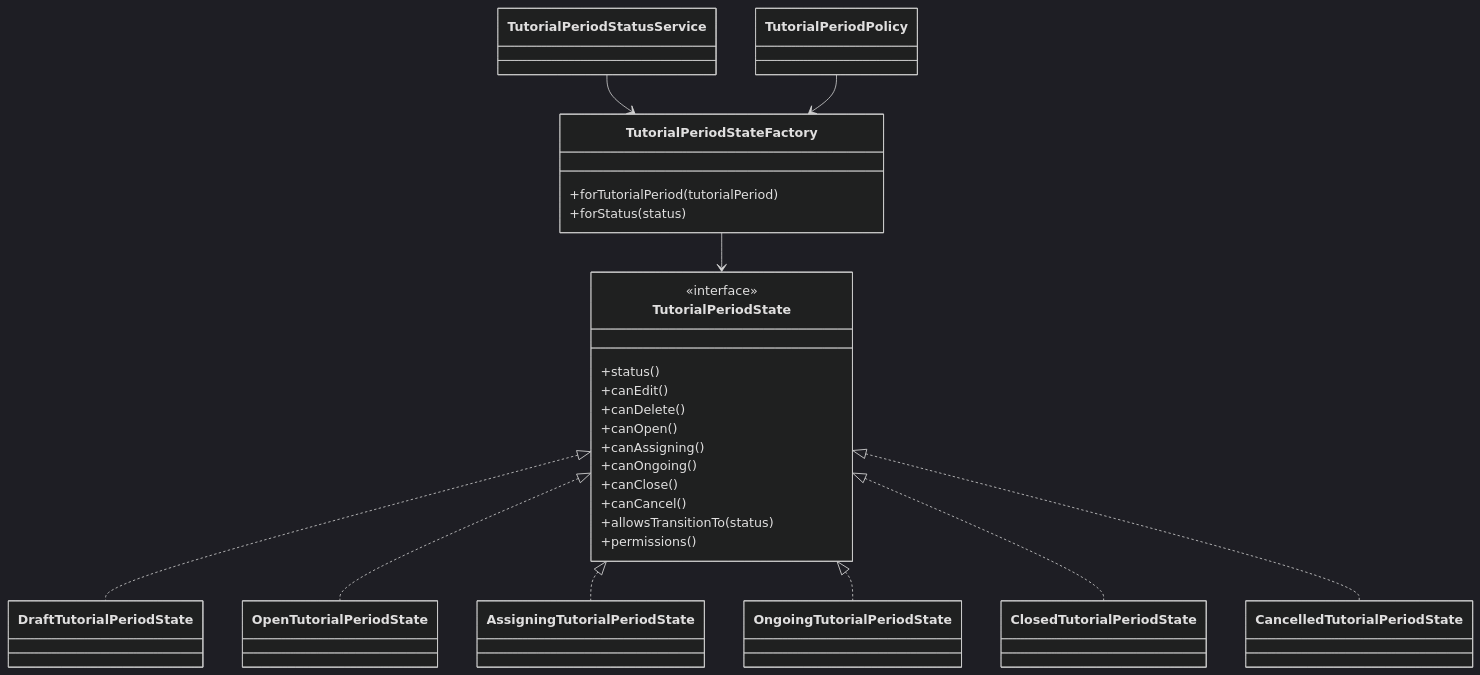
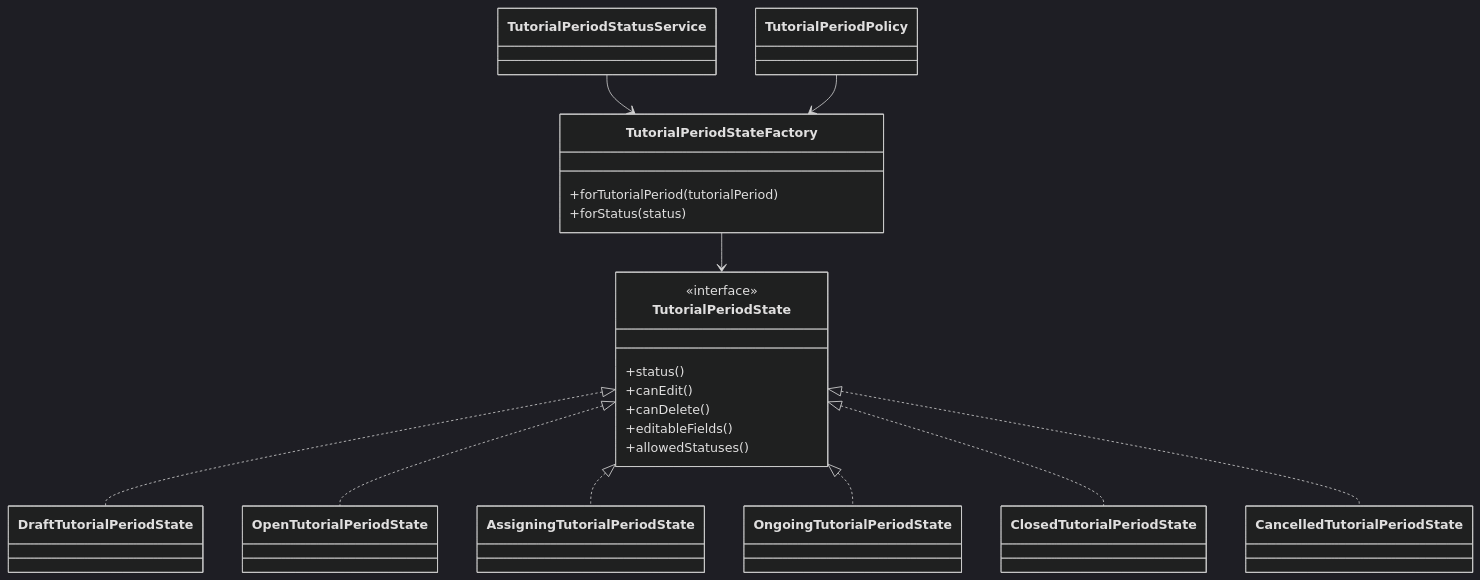
The second of 4 diagrams in docs/DESIGN_PATTERNS.md (HoangNTL/tutoring-system), drawn with Mermaid (dark theme) before and after one commit. The commit also changed 32 other files, not shown here.

````diff
--- a/docs/DESIGN_PATTERNS.md
+++ b/docs/DESIGN_PATTERNS.md
@@ -80,41 +80,36 @@
 ```mermaid
 classDiagram
     class TutorialPeriodState {
         <<interface>>
         +status()
         +canEdit()
         +canDelete()
-        +canOpen()
-        +canAssigning()
-        +canOngoing()
-        +canClose()
-        +canCancel()
-        +allowsTransitionTo(status)
-        +permissions()
+        +editableFields()
+        +allowedStatuses()
     }
 
     class TutorialPeriodStateFactory {
         +forTutorialPeriod(tutorialPeriod)
         +forStatus(status)
     }
 
     class DraftTutorialPeriodState
     class OpenTutorialPeriodState
     class AssigningTutorialPeriodState
     class OngoingTutorialPeriodState
     class ClosedTutorialPeriodState
     class CancelledTutorialPeriodState
 
     class TutorialPeriodStatusService
     class TutorialPeriodPolicy
 
     TutorialPeriodState <|.. DraftTutorialPeriodState
     TutorialPeriodState <|.. OpenTutorialPeriodState
     TutorialPeriodState <|.. AssigningTutorialPeriodState
     TutorialPeriodState <|.. OngoingTutorialPeriodState
     TutorialPeriodState <|.. ClosedTutorialPeriodState
     TutorialPeriodState <|.. CancelledTutorialPeriodState
     TutorialPeriodStateFactory --> TutorialPeriodState
     TutorialPeriodStatusService --> TutorialPeriodStateFactory
     TutorialPeriodPolicy --> TutorialPeriodStateFactory
 ```
````
